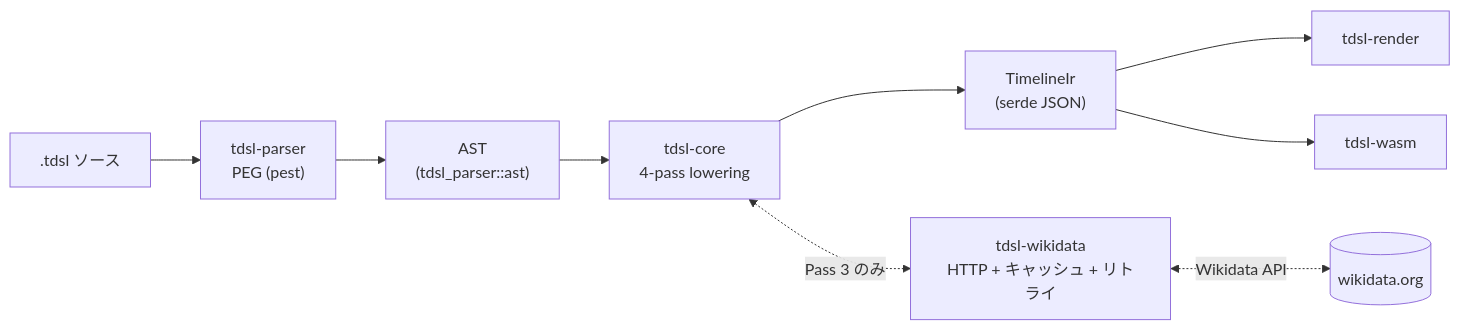
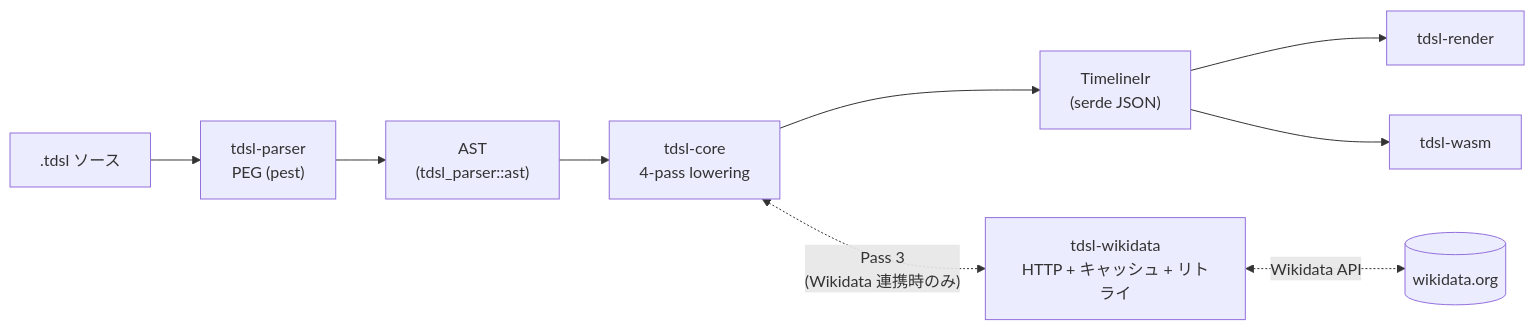
The second of 3 diagrams in docs/architecture.md (keroway/timeline-dsl), drawn with Mermaid before and after one commit. The commit also changed other lines of this file and 3 other files, not shown here.

First line of the commit message:
docs(architecture): 実装と矛盾していた offline / origin / Pass 3 注釈を修正

````diff
--- a/docs/architecture.md
+++ b/docs/architecture.md
@@ -51,11 +51,11 @@
 ```mermaid
 flowchart LR
     src[".tdsl ソース"] --> parser["tdsl-parser<br/>PEG (pest)"]
     parser --> ast["AST<br/>(tdsl_parser::ast)"]
     ast --> lowering["tdsl-core<br/>4-pass lowering"]
     lowering --> ir["TimelineIr<br/>(serde JSON)"]
     ir --> render["tdsl-render"]
     ir --> wasm["tdsl-wasm"]
-    lowering <-. "Pass 3 のみ" .-> wikidata["tdsl-wikidata<br/>HTTP + キャッシュ + リトライ"]
+    lowering <-. "Pass 3<br/>(Wikidata 連携時のみ)" .-> wikidata["tdsl-wikidata<br/>HTTP + キャッシュ + リトライ"]
     wikidata <-. "Wikidata API" .-> wd[("wikidata.org")]
 ```
````
